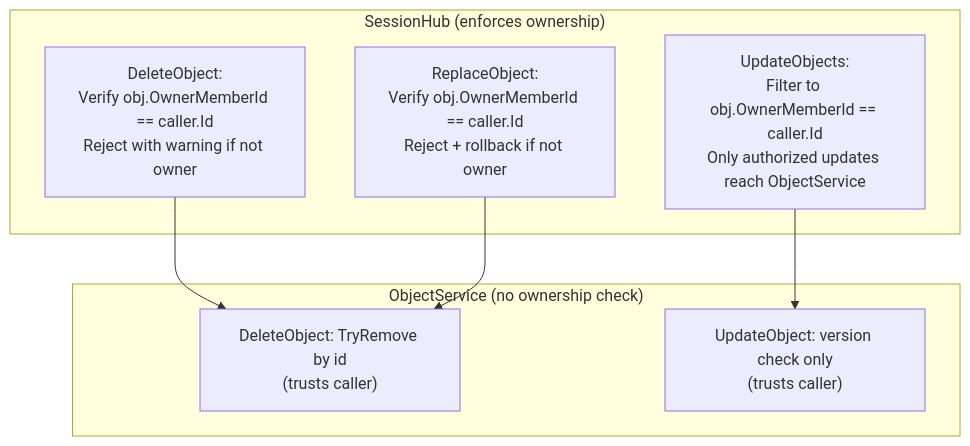
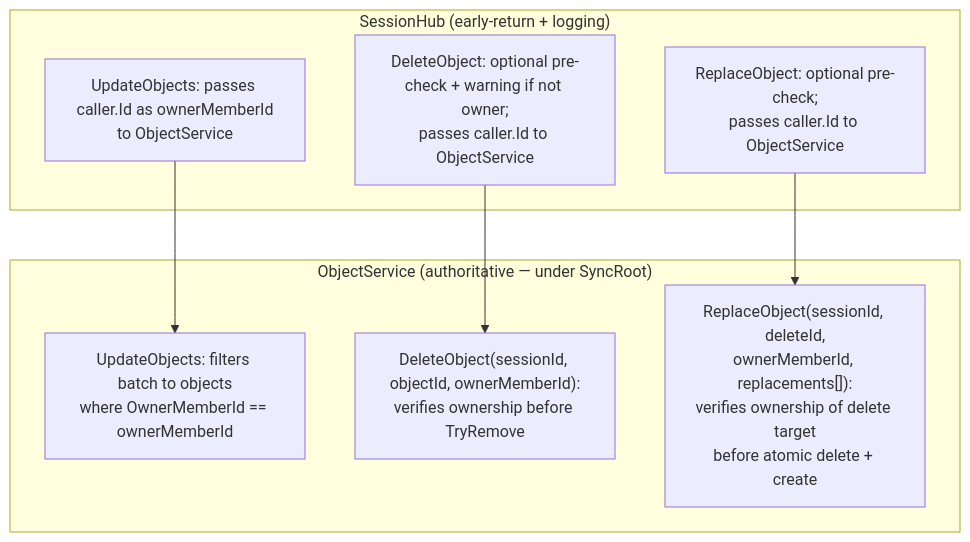
Before and after one commit to badvoidstar/asteroids: diagram 31 of 33 in ARCHITECTURE.md, drawn with Mermaid. The commit also changed other lines of this file, not shown here.

First line of the commit message:
docs: update ARCHITECTURE.md to current code state

````diff
--- a/ARCHITECTURE.md
+++ b/ARCHITECTURE.md
@@ -808,17 +867,18 @@
 ```mermaid
 flowchart TB
-    subgraph "ObjectService (no ownership check)"
-        OS_DEL["DeleteObject: TryRemove by id<br/>(trusts caller)"]
-        OS_UPD["UpdateObject: version check only<br/>(trusts caller)"]
+    subgraph "ObjectService (authoritative — under SyncRoot)"
+        OS_UPD["UpdateObjects: filters batch to objects<br/>where OwnerMemberId == ownerMemberId"]
+        OS_DEL["DeleteObject(sessionId, objectId, ownerMemberId):<br/>verifies ownership before TryRemove"]
+        OS_REP["ReplaceObject(sessionId, deleteId,<br/>ownerMemberId, replacements[]):<br/>verifies ownership of delete target<br/>before atomic delete + create"]
     end
 
-    subgraph "SessionHub (enforces ownership)"
-        HUB_UPD["UpdateObjects:<br/>Filter to obj.OwnerMemberId == caller.Id<br/>Only authorized updates reach ObjectService"]
-        HUB_DEL["DeleteObject:<br/>Verify obj.OwnerMemberId == caller.Id<br/>Reject with warning if not owner"]
-        HUB_REP["ReplaceObject:<br/>Verify obj.OwnerMemberId == caller.Id<br/>Reject + rollback if not owner"]
+    subgraph "SessionHub (early-return + logging)"
+        HUB_UPD["UpdateObjects: passes caller.Id as ownerMemberId<br/>to ObjectService"]
+        HUB_DEL["DeleteObject: optional pre-check + warning if not owner;<br/>passes caller.Id to ObjectService"]
+        HUB_REP["ReplaceObject: optional pre-check;<br/>passes caller.Id to ObjectService"]
     end
 
     HUB_UPD --> OS_UPD
     HUB_DEL --> OS_DEL
-    HUB_REP --> OS_DEL
+    HUB_REP --> OS_REP
 ```
````
